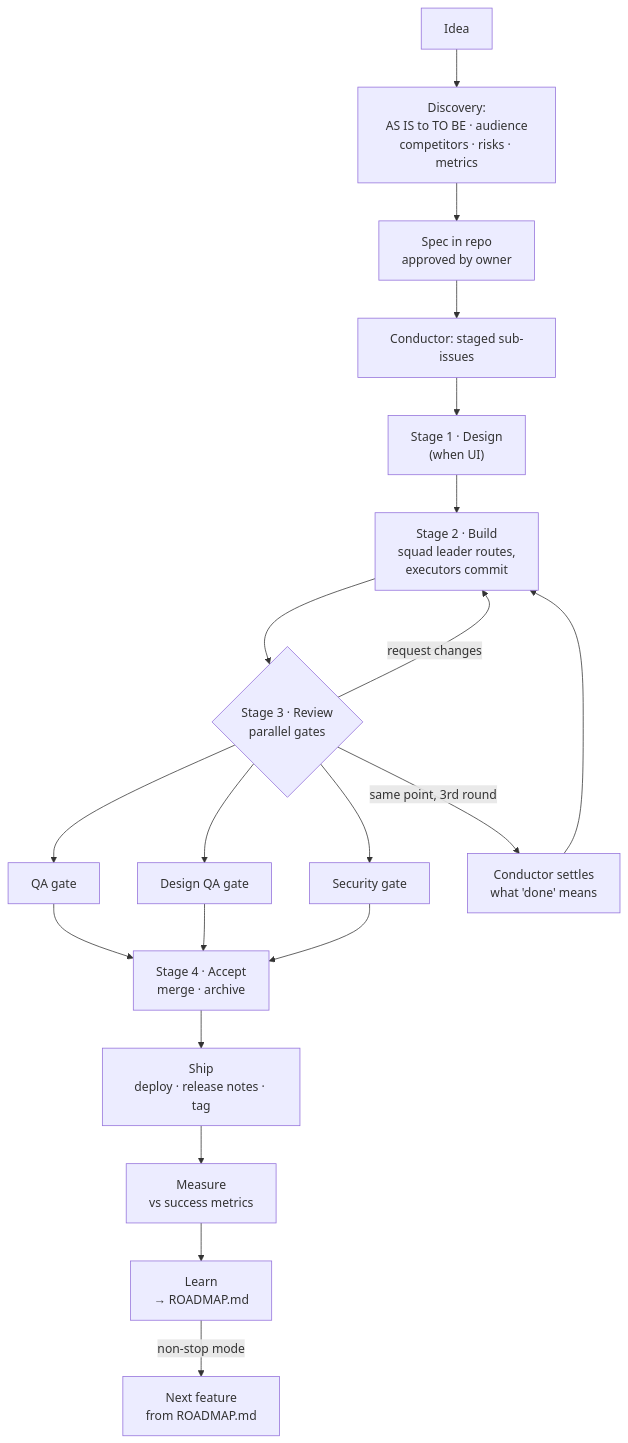
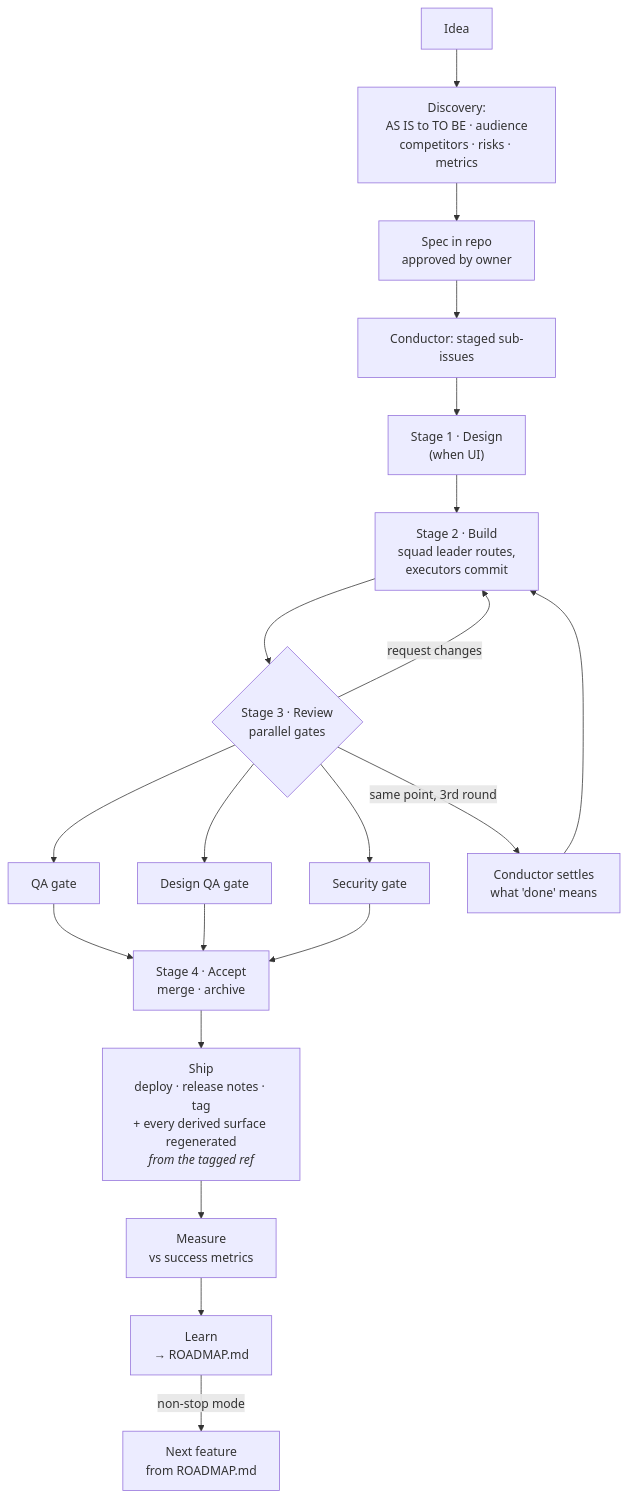
One commit to jamillazarev/multica-ops changed the fourth of 8 diagrams in WORKFLOW.md. Above: the diagram before and after it, drawn with Mermaid. The commit also changed other lines of this file and 4 other files, not shown here.

````diff
--- a/WORKFLOW.md
+++ b/WORKFLOW.md
@@ -76,20 +76,20 @@
 ```mermaid
 flowchart TD
     IDEA["Idea"] --> DISC["Discovery:<br/>AS IS to TO BE · audience<br/>competitors · risks · metrics"]
     DISC --> SPEC["Spec in repo<br/>approved by owner"]
     SPEC --> DECOMP["Conductor: staged sub-issues"]
     DECOMP --> S1["Stage 1 · Design<br/>(when UI)"]
     S1 --> S2["Stage 2 · Build<br/>squad leader routes,<br/>executors commit"]
     S2 --> S3{"Stage 3 · Review<br/>parallel gates"}
     S3 --> QA["QA gate"]
     S3 --> DQA["Design QA gate"]
     S3 --> SEC["Security gate"]
     QA & DQA & SEC --> ACC["Stage 4 · Accept<br/>merge · archive"]
-    ACC --> SHIP["Ship<br/>deploy · release notes · tag"]
+    ACC --> SHIP["Ship<br/>deploy · release notes · tag<br/>+ every derived surface regenerated<br/><i>from the tagged ref</i>"]
     SHIP --> MEAS["Measure<br/>vs success metrics"]
     MEAS --> LEARN["Learn<br/>→ ROADMAP.md"]
     LEARN -->|non-stop mode| NEXT["Next feature<br/>from ROADMAP.md"]
     S3 -->|request changes| S2
     S3 -->|same point, 3rd round| CND["Conductor settles<br/>what 'done' means"]
     CND --> S2
 ```
````
